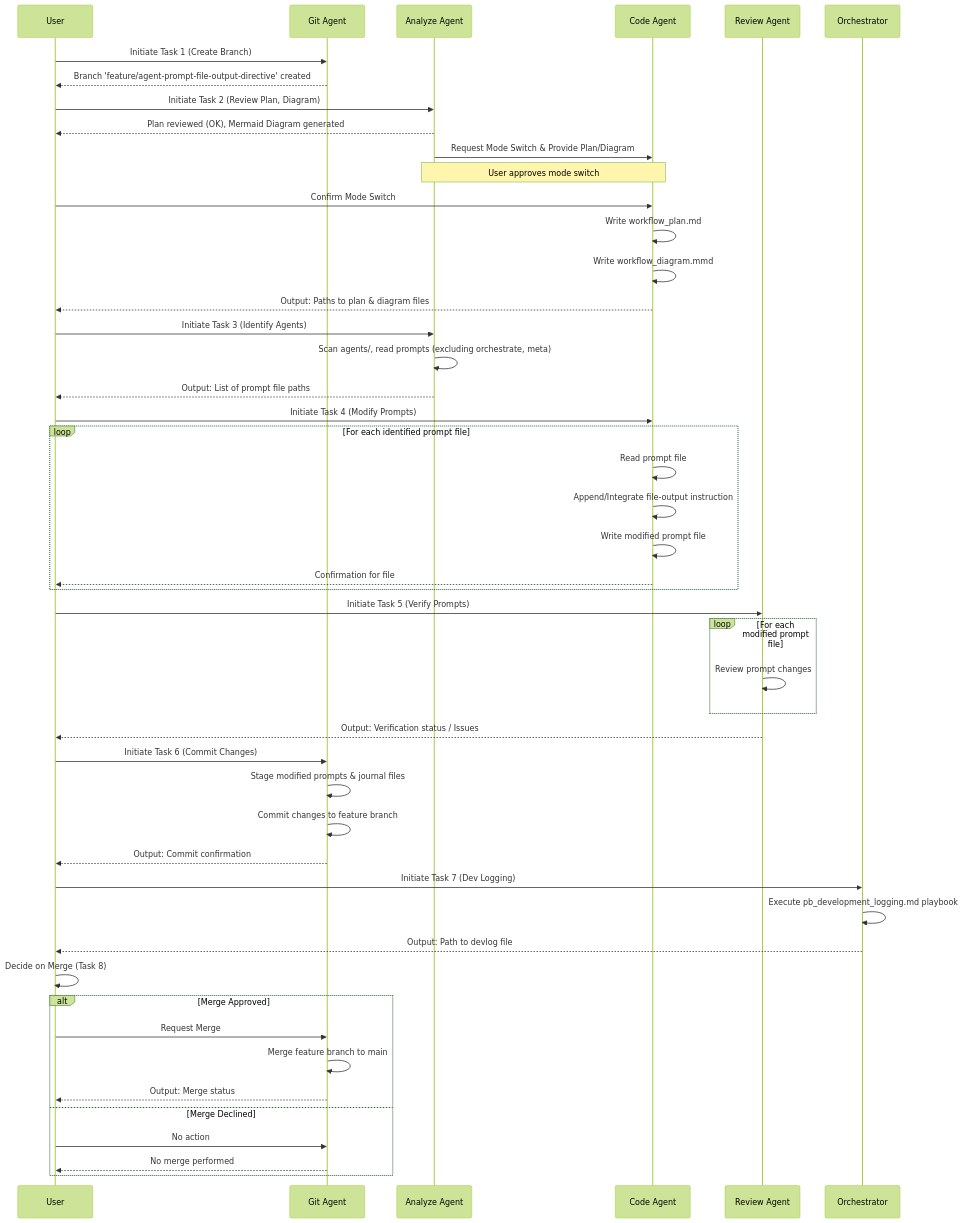
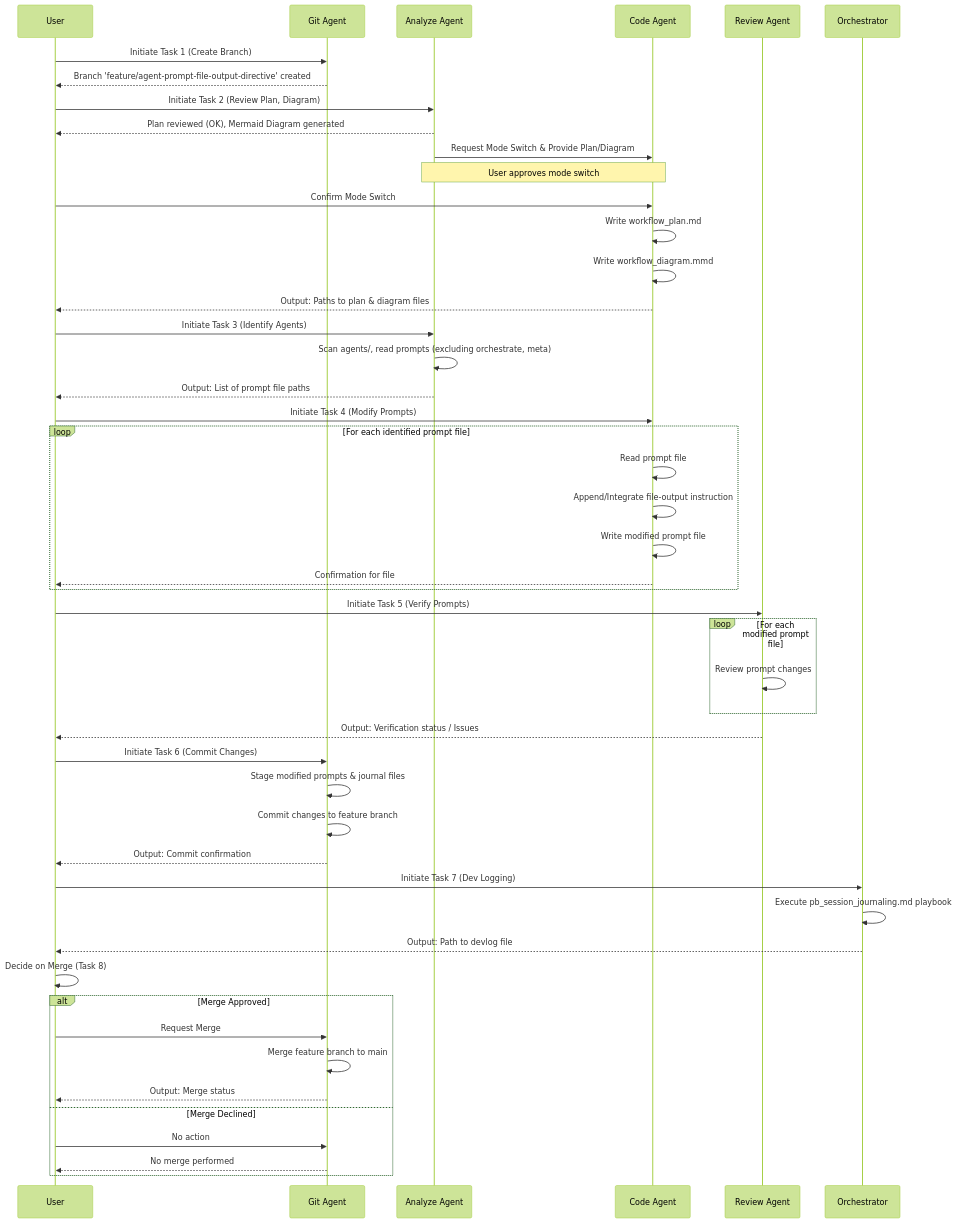
One commit to rawr-ai/ai changed the diagram in ai/sessions/2025-04-07/agent-prompt-updates/workflow_diagram.mmd. Above: the diagram before and after it, drawn with Mermaid (forest theme). The commit also changed 28 other files, not shown here.

````diff
--- a/ai/sessions/2025-04-07/agent-prompt-updates/workflow_diagram.mmd
+++ b/ai/sessions/2025-04-07/agent-prompt-updates/workflow_diagram.mmd
@@ -1,58 +1,58 @@
 ```mermaid
 sequenceDiagram
     participant User
     participant Git as Git Agent
     participant Analyze as Analyze Agent
     participant Code as Code Agent
     participant Review as Review Agent
     participant Orchestrator
 
     User->>Git: Initiate Task 1 (Create Branch)
     Git-->>User: Branch 'feature/agent-prompt-file-output-directive' created
 
     User->>Analyze: Initiate Task 2 (Review Plan, Diagram)
     Analyze-->>User: Plan reviewed (OK), Mermaid Diagram generated
     Analyze->>Code: Request Mode Switch & Provide Plan/Diagram
     Note over Analyze, Code: User approves mode switch
     User->>Code: Confirm Mode Switch
     Code->>Code: Write workflow_plan.md
     Code->>Code: Write workflow_diagram.mmd
     Code-->>User: Output: Paths to plan & diagram files
 
     User->>Analyze: Initiate Task 3 (Identify Agents)
     Analyze->>Analyze: Scan agents/, read prompts (excluding orchestrate, meta)
     Analyze-->>User: Output: List of prompt file paths
 
     User->>Code: Initiate Task 4 (Modify Prompts)
     loop For each identified prompt file
         Code->>Code: Read prompt file
         Code->>Code: Append/Integrate file-output instruction
         Code->>Code: Write modified prompt file
         Code-->>User: Confirmation for file
     end
 
     User->>Review: Initiate Task 5 (Verify Prompts)
     loop For each modified prompt file
         Review->>Review: Review prompt changes
     end
     Review-->>User: Output: Verification status / Issues
 
     User->>Git: Initiate Task 6 (Commit Changes)
     Git->>Git: Stage modified prompts & journal files
     Git->>Git: Commit changes to feature branch
     Git-->>User: Output: Commit confirmation
 
     User->>Orchestrator: Initiate Task 7 (Dev Logging)
-    Orchestrator->>Orchestrator: Execute pb_development_logging.md playbook
+    Orchestrator->>Orchestrator: Execute pb_session_journaling.md playbook
     Orchestrator-->>User: Output: Path to devlog file
 
     User->>User: Decide on Merge (Task 8)
     alt Merge Approved
         User->>Git: Request Merge
         Git->>Git: Merge feature branch to main
         Git-->>User: Output: Merge status
     else Merge Declined
         User->>Git: No action
         Git-->>User: No merge performed
     end
 ```
````
